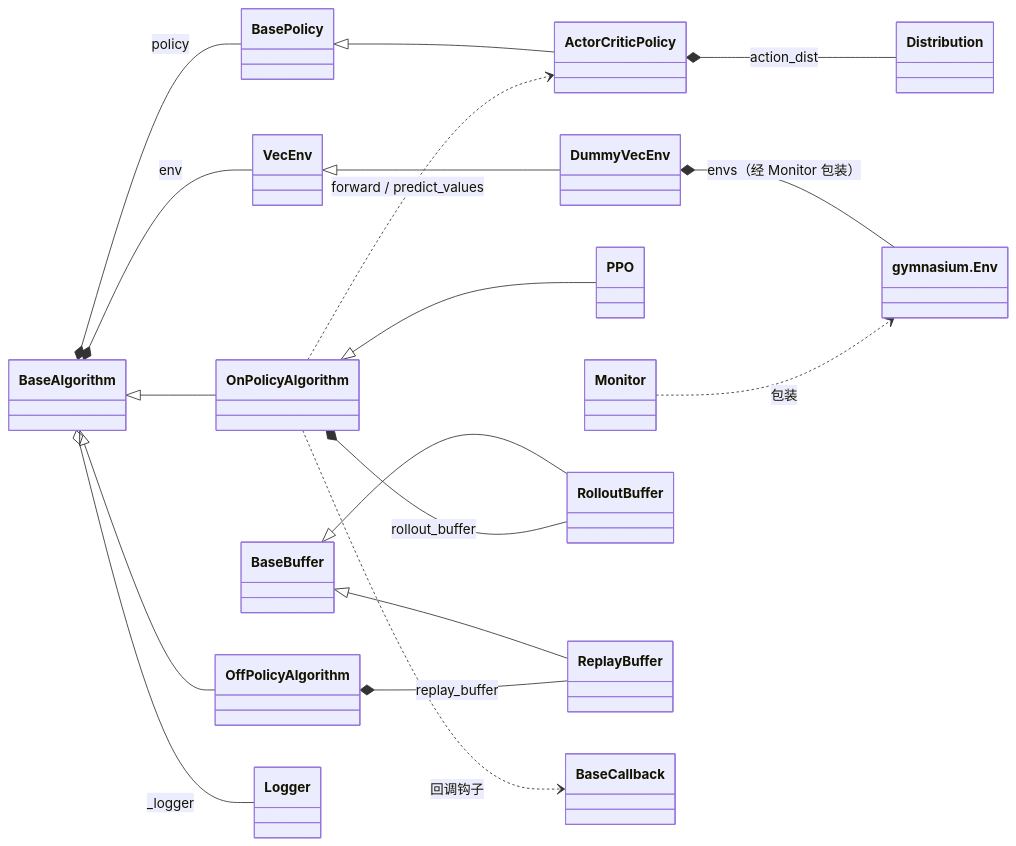
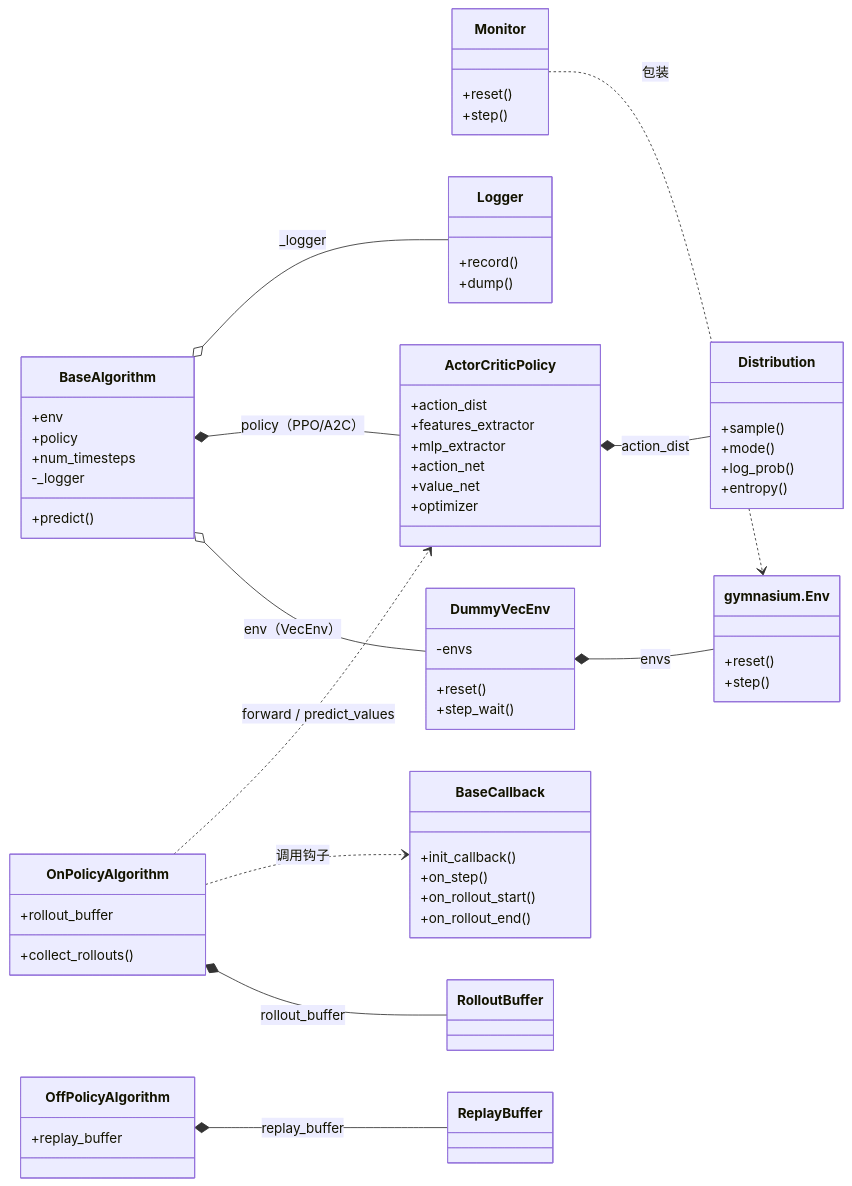
Before and after one commit to Jaschenn/sb3-llm-code-understanding: the second of 2 diagrams in docs/report/03-domain-objects.md, drawn with Mermaid. The commit also changed other lines of this file and 3 other files, not shown here.

Commit message:
docs(report): 类图补充属性与方法，拆为继承图和持有/调用图

````diff
--- a/docs/report/03-domain-objects.md
+++ b/docs/report/03-domain-objects.md
@@ -27,43 +109,68 @@
 ```mermaid
 classDiagram
     direction LR
-    class Env["gymnasium.Env"]
-    class Monitor
-    class VecEnv
-    class DummyVecEnv
-    class BaseAlgorithm
-    class OnPolicyAlgorithm
-    class OffPolicyAlgorithm
-    class PPO
-    class BasePolicy
-    class ActorCriticPolicy
-    class BaseBuffer
+    class Env["gymnasium.Env"] {
+        +reset()
+        +step()
+    }
+    class Monitor {
+        +reset()
+        +step()
+    }
+    class DummyVecEnv {
+        -envs
+        +reset()
+        +step_wait()
+    }
+    class BaseAlgorithm {
+        +env
+        +policy
+        +num_timesteps
+        -_logger
+        +predict()
+    }
+    class OnPolicyAlgorithm {
+        +rollout_buffer
+        +collect_rollouts()
+    }
+    class OffPolicyAlgorithm {
+        +replay_buffer
+    }
+    class ActorCriticPolicy {
+        +action_dist
+        +features_extractor
+        +mlp_extractor
+        +action_net
+        +value_net
+        +optimizer
+    }
     class RolloutBuffer
     class ReplayBuffer
-    class BaseCallback
-    class Logger
-    class Distribution
+    class Distribution {
+        +sample()
+        +mode()
+        +log_prob()
+        +entropy()
+    }
+    class BaseCallback {
+        +init_callback()
+        +on_step()
+        +on_rollout_start()
+        +on_rollout_end()
+    }
+    class Logger {
+        +record()
+        +dump()
+    }
 
-    %% 继承（空心三角）
-    BaseAlgorithm <|-- OnPolicyAlgorithm
-    BaseAlgorithm <|-- OffPolicyAlgorithm
-    OnPolicyAlgorithm <|-- PPO
-    BasePolicy <|-- ActorCriticPolicy
-    BaseBuffer <|-- RolloutBuffer
-    BaseBuffer <|-- ReplayBuffer
-    VecEnv <|-- DummyVecEnv
-
-    %% 持有（实心菱形）
-    BaseAlgorithm *-- VecEnv : env
-    DummyVecEnv *-- Env : envs（经 Monitor 包装）
+    DummyVecEnv *-- Env : envs
+    Monitor ..> Env : 包装
+    BaseAlgorithm o-- DummyVecEnv : env（VecEnv）
+    BaseAlgorithm *-- ActorCriticPolicy : policy（PPO/A2C）
     OnPolicyAlgorithm *-- RolloutBuffer : rollout_buffer
     OffPolicyAlgorithm *-- ReplayBuffer : replay_buffer
-    BaseAlgorithm *-- BasePolicy : policy
     ActorCriticPolicy *-- Distribution : action_dist
     BaseAlgorithm o-- Logger : _logger
-
-    %% 调用/依赖（虚线）
-    Monitor ..> Env : 包装
-    OnPolicyAlgorithm ..> BaseCallback : 回调钩子
+    OnPolicyAlgorithm ..> BaseCallback : 调用钩子
     OnPolicyAlgorithm ..> ActorCriticPolicy : forward / predict_values
 ```
````
